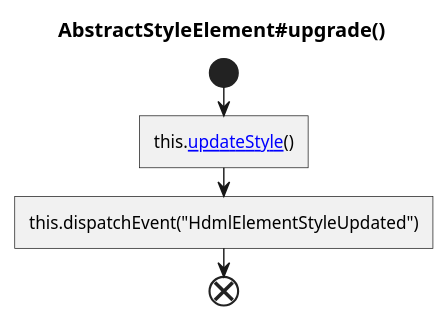
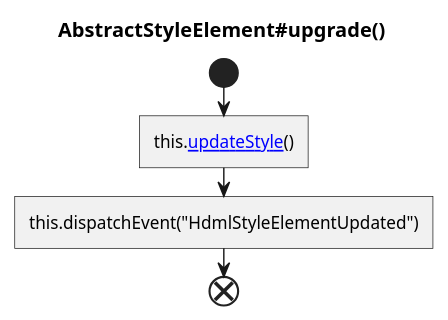
Diagram 12 of 32 in puml/renderer.puml (hdml-github/hdml-github.github.io), drawn with PlantUML before and after one commit. The commit also changed other lines of this file and 8 other files, not shown here.

```diff
--- a/puml/renderer.puml
+++ b/puml/renderer.puml
@@ -432,8 +497,8 @@
 @startuml AbstractStyleElement_upgrade
   title AbstractStyleElement#upgrade()
 
   start
     :this.[[./AbstractStyleElement_updateStyle.svg updateStyle]]()]
-    :this.dispatchEvent("HdmlElementStyleUpdated")]
+    :this.dispatchEvent("HdmlStyleElementUpdated")]
   end
 @enduml
```
